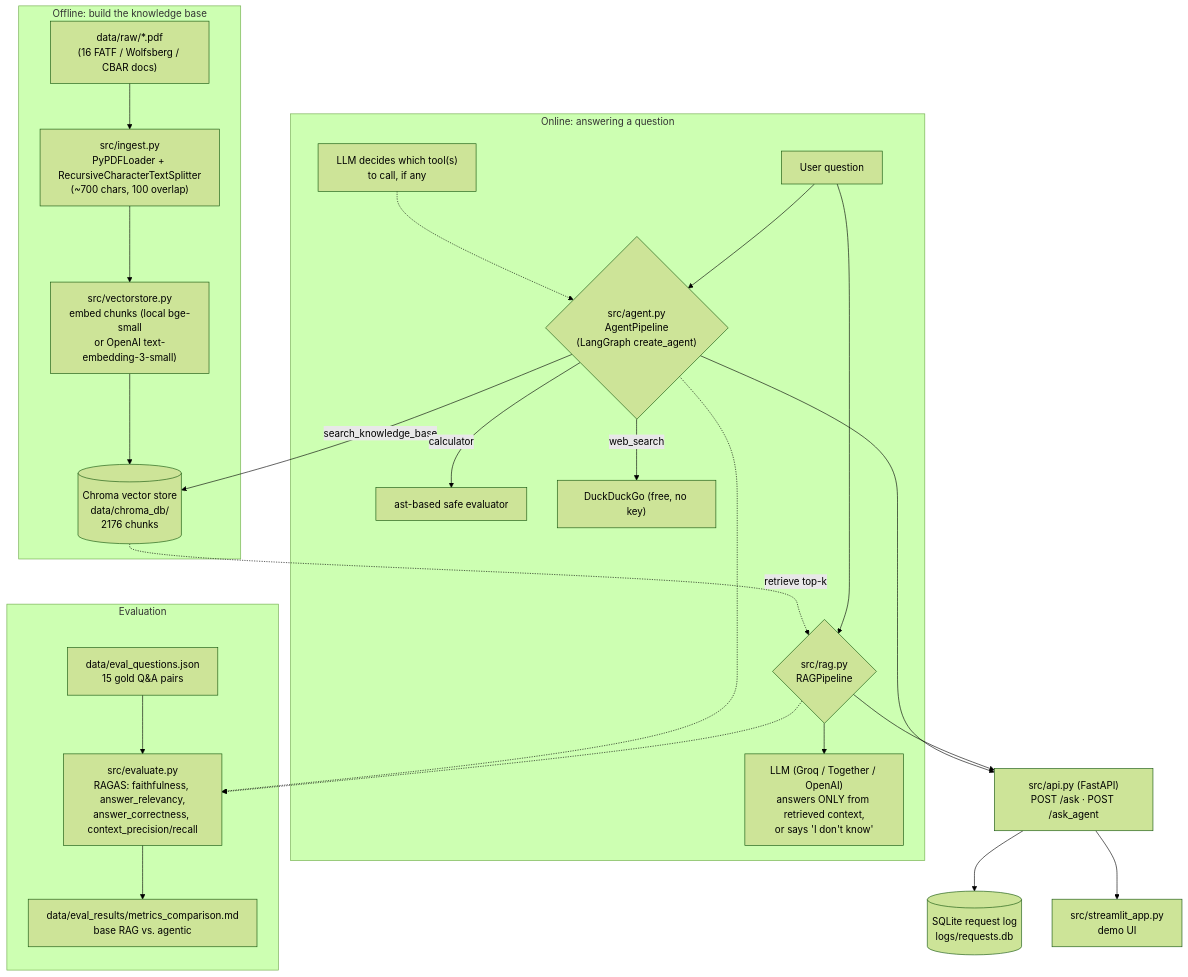
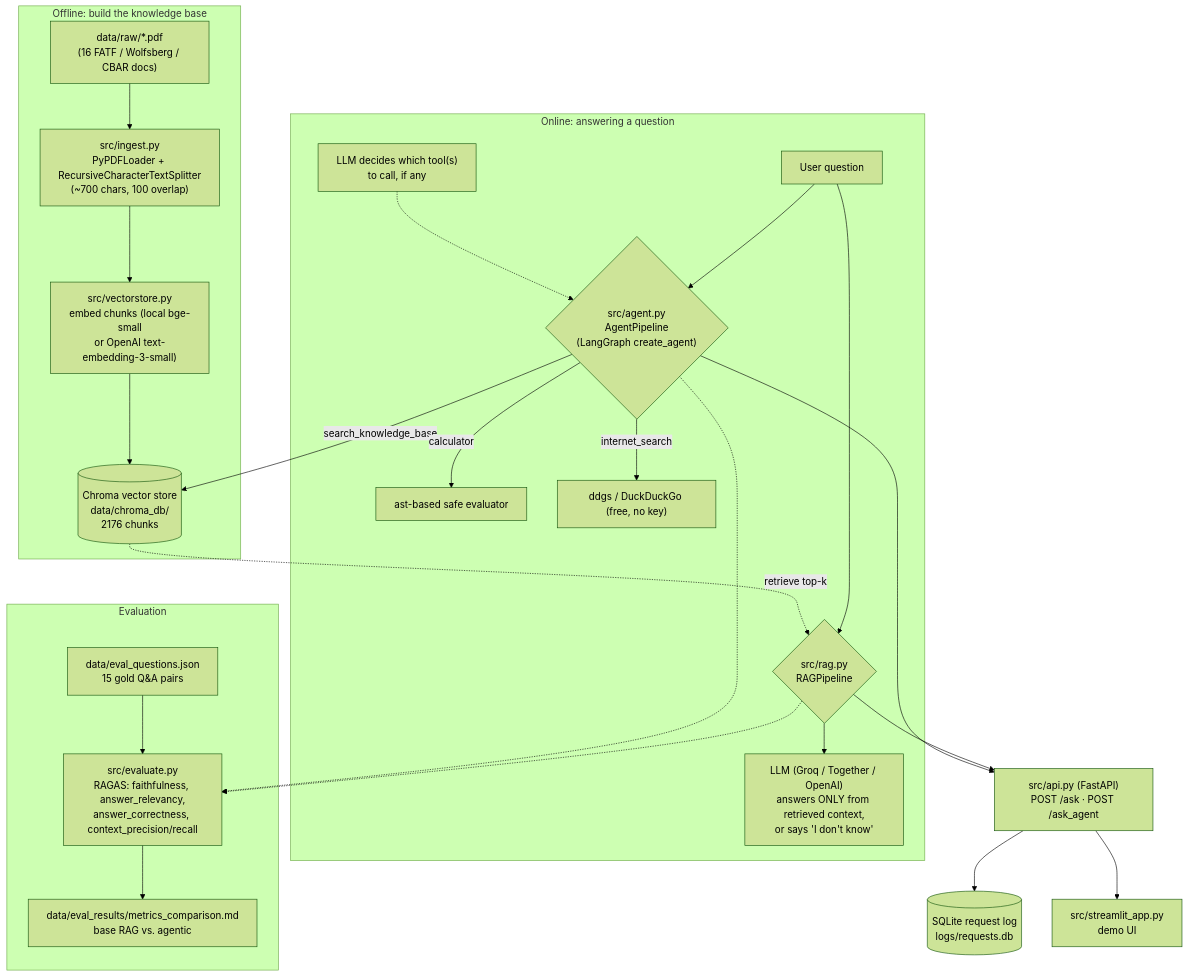
Before and after one commit to emiliaismailova3/aml-kyc-rag-assistant: the diagram in README.md, drawn with Mermaid (forest theme). The commit also changed other lines of this file and 10 other files, not shown here.

````diff
--- a/README.md
+++ b/README.md
@@ -40,32 +40,32 @@
 ```mermaid
 flowchart TD
     subgraph Ingestion["Offline: build the knowledge base"]
         A["data/raw/*.pdf<br/>(16 FATF / Wolfsberg / CBAR docs)"] --> B["src/ingest.py<br/>PyPDFLoader + RecursiveCharacterTextSplitter<br/>(~700 chars, 100 overlap)"]
         B --> C["src/vectorstore.py<br/>embed chunks (local bge-small<br/>or OpenAI text-embedding-3-small)"]
         C --> D[("Chroma vector store<br/>data/chroma_db/<br/>2176 chunks")]
     end
 
     subgraph Online["Online: answering a question"]
         U["User question"] --> R{"src/rag.py<br/>RAGPipeline"}
         D -.retrieve top-k.-> R
         R --> LLM1["LLM (Groq / Together / OpenAI)<br/>answers ONLY from retrieved context,<br/>or says 'I don't know'"]
 
         U --> AG{"src/agent.py<br/>AgentPipeline<br/>(LangGraph create_agent)"}
         AG -->|"search_knowledge_base"| D
         AG -->|"calculator"| CALC["ast-based safe evaluator"]
-        AG -->|"web_search"| WEB["DuckDuckGo (free, no key)"]
+        AG -->|"internet_search"| WEB["ddgs / DuckDuckGo (free, no key)"]
         LLM2["LLM decides which tool(s)<br/>to call, if any"] -.-> AG
     end
 
     R --> API["src/api.py (FastAPI)<br/>POST /ask · POST /ask_agent"]
     AG --> API
     API --> LOG[("SQLite request log<br/>logs/requests.db")]
     API --> UI["src/streamlit_app.py<br/>demo UI"]
 
     subgraph Eval["Evaluation"]
         EQ["data/eval_questions.json<br/>15 gold Q&A pairs"] --> RAGAS["src/evaluate.py<br/>RAGAS: faithfulness, answer_relevancy,<br/>answer_correctness, context_precision/recall"]
         R -.-> RAGAS
         AG -.-> RAGAS
         RAGAS --> CMP["data/eval_results/metrics_comparison.md<br/>base RAG vs. agentic"]
     end
 ```
````
